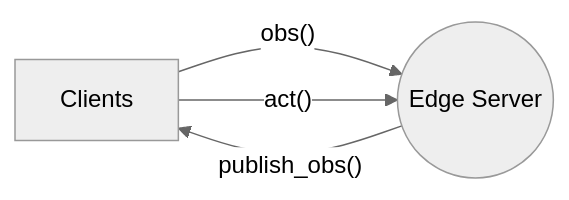
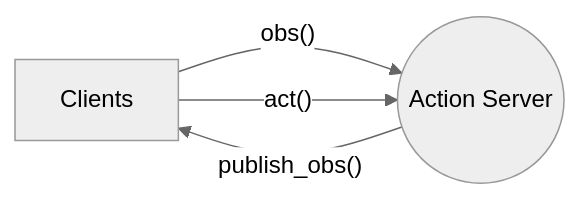
One commit to youliangtan/agentlace changed the first of 3 diagrams in README.md. Above: the diagram before and after it, drawn with Mermaid (neutral theme). The commit also changed other lines of this file and 6 other files, not shown here.

````diff
--- a/README.md
+++ b/README.md
@@ -35,6 +37,6 @@
 ```mermaid
 graph LR
-A[Clients] -- "obs()" --> B((Edge Server))
+A[Clients] -- "obs()" --> B((Action Server))
 A -- "act()" --> B
 B -- "publish_obs()" --> A
 ```
````
